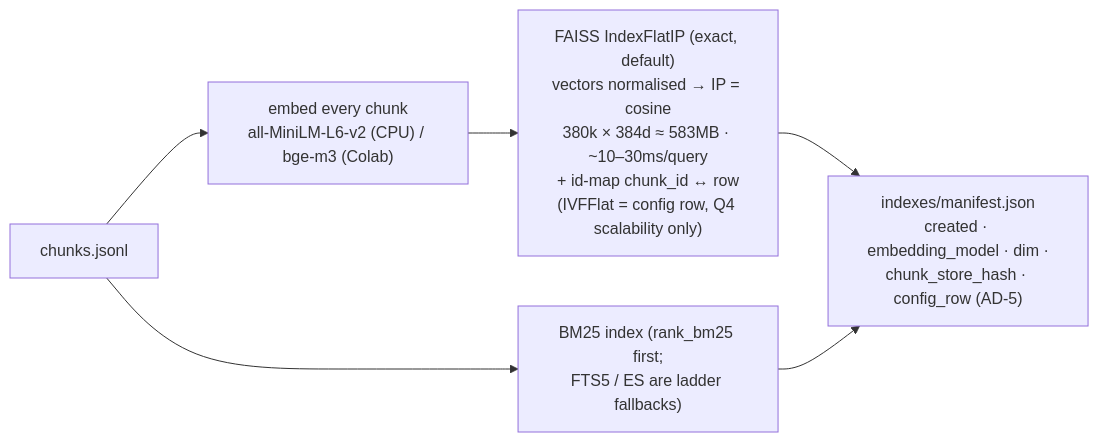
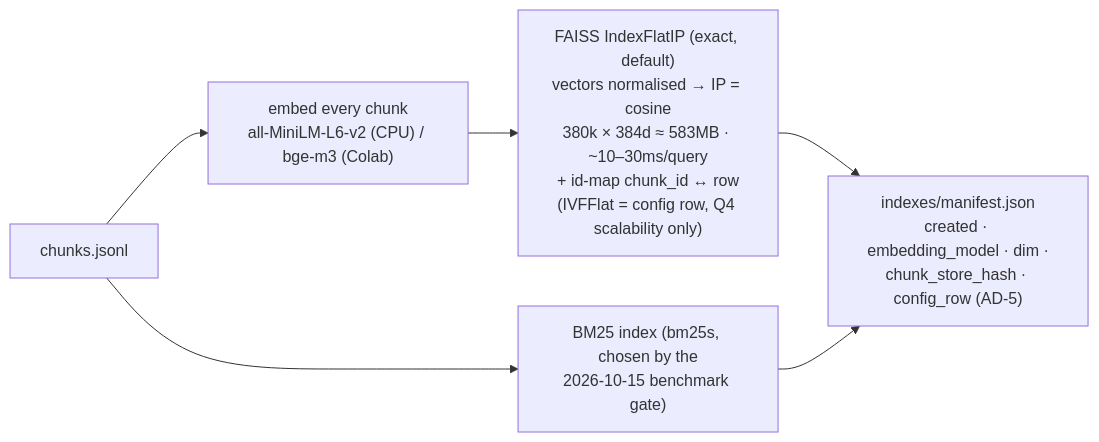
Before and after one commit to kieusontungwork-oss/NLPProject: the fourth of 6 diagrams in docs/architecture/system-architecture.md, drawn with Mermaid. The commit also changed other lines of this file and 18 other files, not shown here.

````diff
--- a/docs/architecture/system-architecture.md
+++ b/docs/architecture/system-architecture.md
@@ -78,8 +78,8 @@
 ```mermaid
 flowchart LR
     CHUNKS["chunks.jsonl"] --> EMB["embed every chunk<br/>all-MiniLM-L6-v2 (CPU) / bge-m3 (Colab)"]
     EMB --> FAISS["FAISS IndexFlatIP (exact, default)<br/>vectors normalised → IP = cosine<br/>380k × 384d ≈ 583MB · ~10–30ms/query<br/>+ id-map chunk_id ↔ row<br/>(IVFFlat = config row, Q4 scalability only)"]
-    CHUNKS --> BM25["BM25 index (rank_bm25 first;<br/>FTS5 / ES are ladder fallbacks)"]
+    CHUNKS --> BM25["BM25 index (bm25s, chosen by the<br/>2026-10-15 benchmark gate)"]
     FAISS --> MAN["indexes/manifest.json<br/>created · embedding_model · dim ·<br/>chunk_store_hash · config_row (AD-5)"]
     BM25 --> MAN
 ```
````
